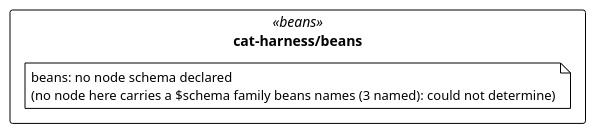
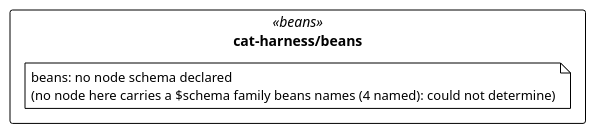
The diagram in uml/overview/cat-harness/beans.puml (litlfred/cat-harness), drawn with PlantUML before and after one commit. The commit also changed 398 other files, not shown here.

```diff
--- a/uml/overview/cat-harness/beans.puml
+++ b/uml/overview/cat-harness/beans.puml
@@ -3,13 +3,13 @@
 @startuml cat_harness_beans
 !pragma layout elk
 !theme plain
 skinparam classAttributeIconSize 0
 skinparam shadowing false
 skinparam packageStyle rectangle
 hide empty methods
 
 package "cat-harness/beans" as pkg_cat_harness_beans <<beans>> {
-  note "beans: no node schema declared\n(no node here carries a $schema family beans names (3 named): could not determine)" as n_cat_harness_beans_beans
+  note "beans: no node schema declared\n(no node here carries a $schema family beans names (4 named): could not determine)" as n_cat_harness_beans_beans
 }
 
 @enduml
```
